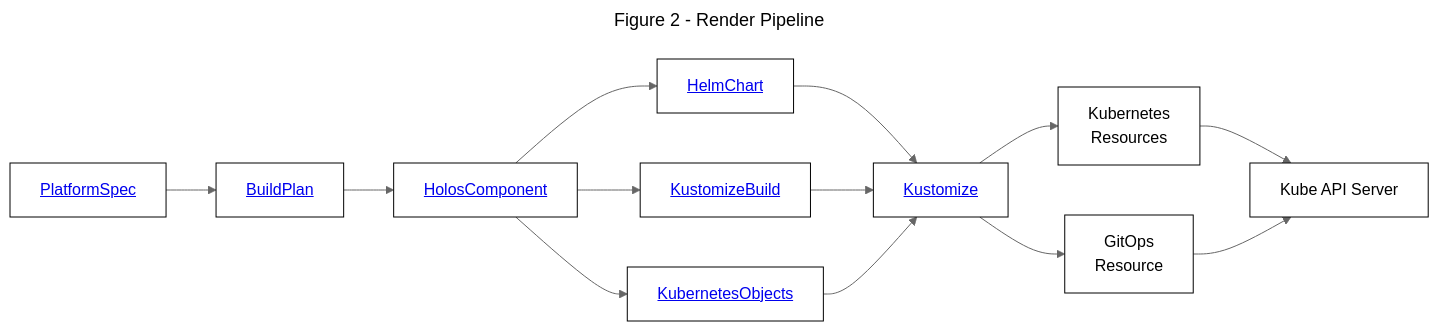
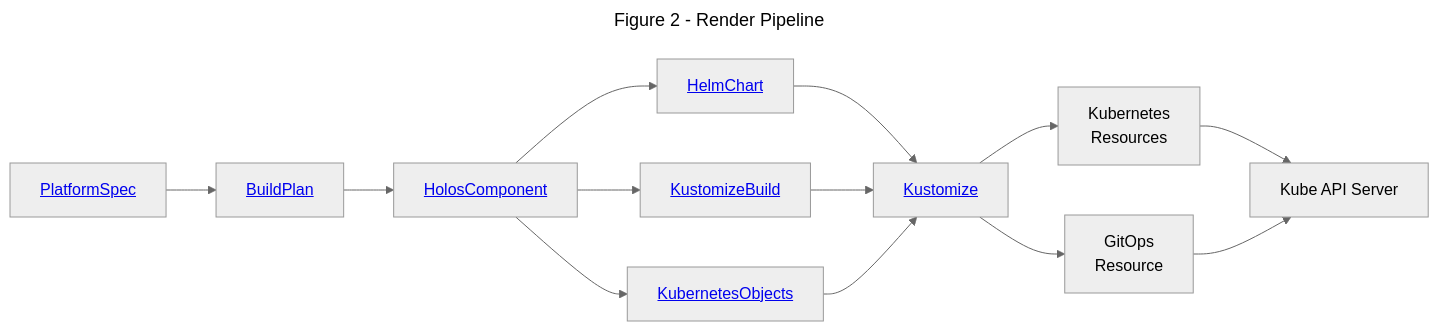
The diagram in doc/md/tutorial/local/k3d.mdx (holos-run/holos), drawn with Mermaid (neutral theme) before and after one commit. The commit also changed other lines of this file and 3 other files, not shown here.

First line of the commit message:
doc/website: fix link and mermaid colors (#199)

````diff
--- a/doc/md/tutorial/local/k3d.mdx
+++ b/doc/md/tutorial/local/k3d.mdx
@@ -200,30 +201,27 @@
 ```mermaid
 ---
 title: Figure 2 - Render Pipeline
 ---
 graph LR
     PS[<a href="/docs/api/core/v1alpha2#PlatformSpec">PlatformSpec</a>]
     BP[<a href="/docs/api/core/v1alpha2#BuildPlan">BuildPlan</a>]
     HC[<a href="/docs/api/core/v1alpha2#HolosComponent">HolosComponent</a>]
 
     H[<a href="/docs/api/core/v1alpha2#HelmChart">HelmChart</a>]
     K[<a href="/docs/api/core/v1alpha2#KustomizeBuild">KustomizeBuild</a>]
     O[<a href="/docs/api/core/v1alpha2#KubernetesObjects">KubernetesObjects</a>]
 
     P[<a href="/docs/api/core/v1alpha2#Kustomize">Kustomize</a>]
     Y[Kubernetes <br>Resources]
     G[GitOps <br>Resource]
 
     C[Kube API Server]
 
     PS --> BP --> HC
     HC --> H --> P
     HC --> K --> P
     HC --> O --> P
 
     P --> Y --> C
     P --> G --> C
-
-    classDef box fill:#fff,stroke:#000,stroke-width:1px,color:#000;
-    class PS,BP,HC,H,K,O,P,Y,G,C box
 ```
````
